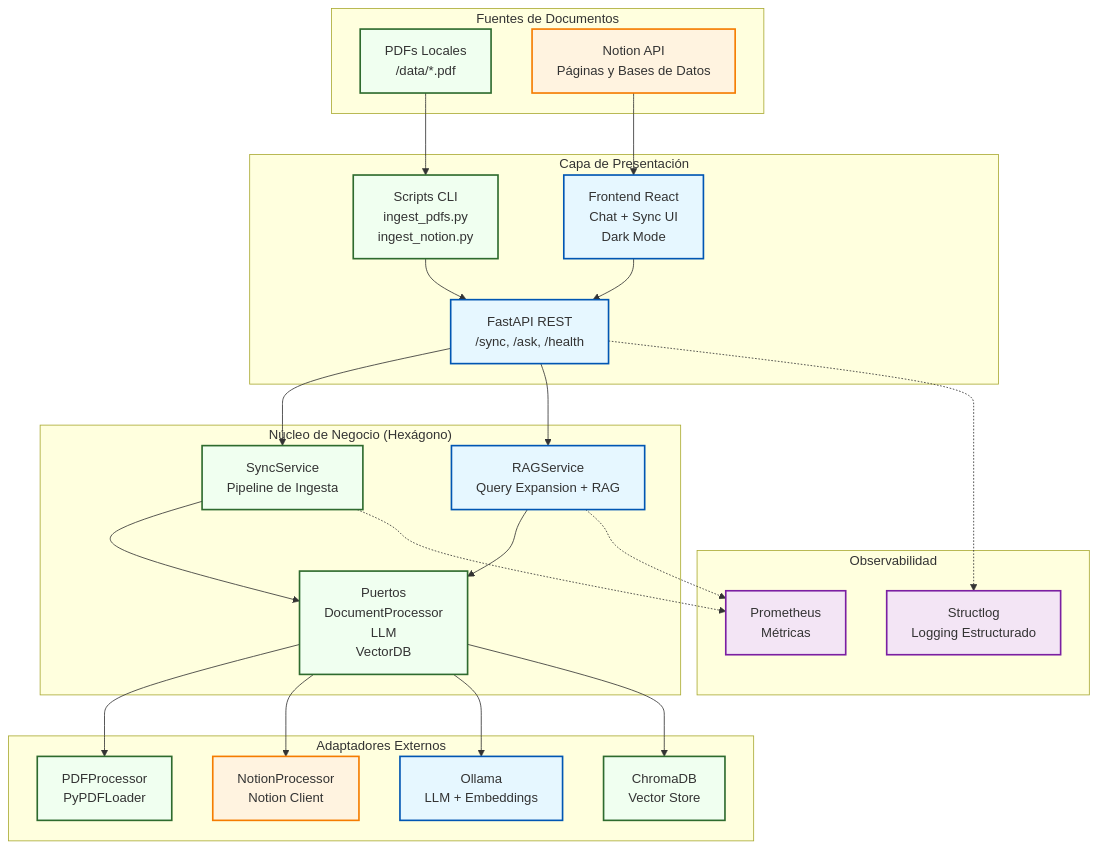
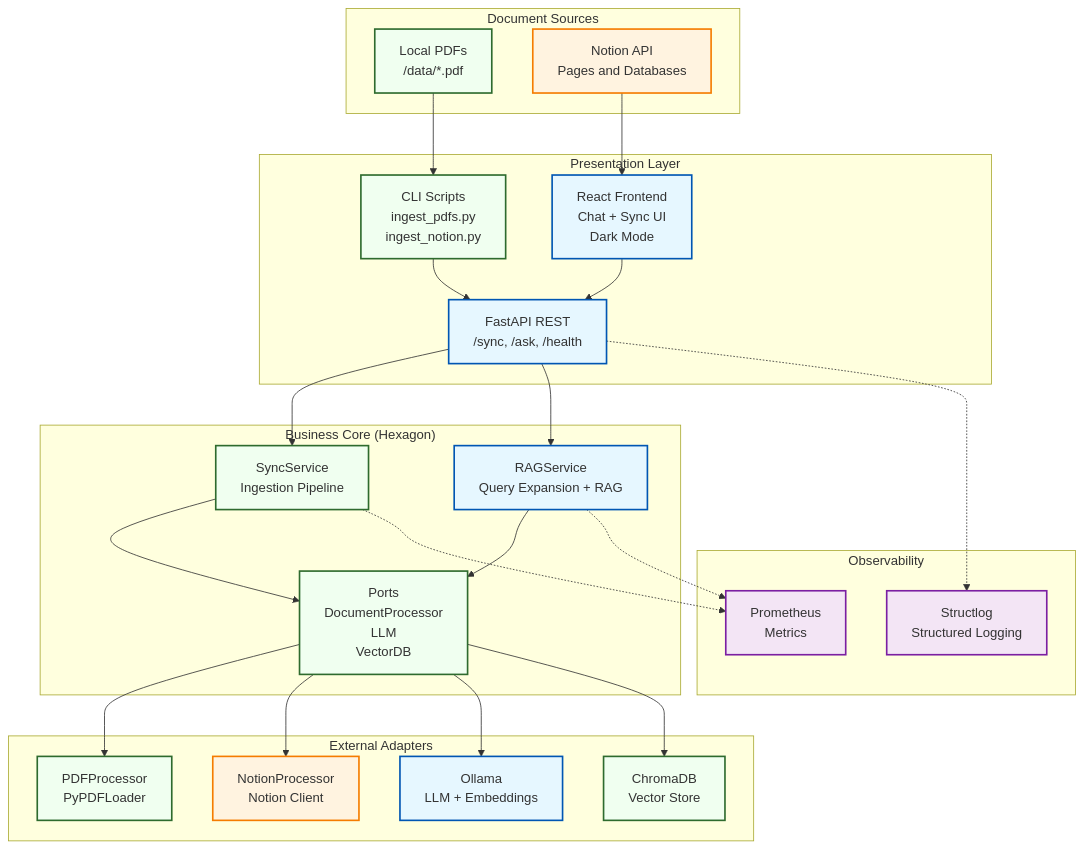
Before and after one commit to mrodespin/aibrarian: the first of 5 diagrams in README.md, drawn with Mermaid. The commit also changed other lines of this file, not shown here.

````diff
--- a/README.md
+++ b/README.md
@@ -114,74 +113,74 @@
 ```mermaid
 graph TD
-    %% --- Definiciones de Estilo ---
+    %% --- Style Definitions ---
     classDef mvp fill:#f0fff0,stroke:#2e6b2e,stroke-width:2px;
     classDef phase1 fill:#e6f7ff,stroke:#0056b3,stroke-width:2px;
     classDef extension fill:#fff3e0,stroke:#f57c00,stroke-width:2px;
     classDef observability fill:#f3e5f5,stroke:#7b1fa2,stroke-width:2px;
 
-    %% --- Fuentes de Datos ---
-    subgraph "Fuentes de Documentos"
-        PDFs["PDFs Locales<br>/data/*.pdf"]
-        NotionAPI["Notion API<br>Páginas y Bases de Datos"]
+    %% --- Data Sources ---
+    subgraph "Document Sources"
+        PDFs["Local PDFs<br>/data/*.pdf"]
+        NotionAPI["Notion API<br>Pages and Databases"]
     end
 
-    %% --- Adaptadores de Entrada ---
-    subgraph "Capa de Presentación"
-        UI["Frontend React<br>Chat + Sync UI<br>Dark Mode"]
-        CLI["Scripts CLI<br>ingest_pdfs.py<br>ingest_notion.py"]
+    %% --- Input Adapters ---
+    subgraph "Presentation Layer"
+        UI["React Frontend<br>Chat + Sync UI<br>Dark Mode"]
+        CLI["CLI Scripts<br>ingest_pdfs.py<br>ingest_notion.py"]
         API["FastAPI REST<br>/sync, /ask, /health"]
     end
 
-    %% --- Observabilidad ---
-    subgraph "Observabilidad"
-        Logging["Structlog<br>Logging Estructurado"]
-        Metrics["Prometheus<br>Métricas"]
+    %% --- Observability ---
+    subgraph "Observability"
+        Logging["Structlog<br>Structured Logging"]
+        Metrics["Prometheus<br>Metrics"]
     end
 
-    %% --- Núcleo Hexagonal ---
-    subgraph "Núcleo de Negocio (Hexágono)"
-        SyncService["SyncService<br>Pipeline de Ingesta"]
+    %% --- Hexagonal Core ---
+    subgraph "Business Core (Hexagon)"
+        SyncService["SyncService<br>Ingestion Pipeline"]
         RAGService["RAGService<br>Query Expansion + RAG"]
-        Ports["Puertos<br>DocumentProcessor<br>LLM<br>VectorDB"]
+        Ports["Ports<br>DocumentProcessor<br>LLM<br>VectorDB"]
     end
 
-    %% --- Adaptadores de Salida ---
-    subgraph "Adaptadores Externos"
+    %% --- Output Adapters ---
+    subgraph "External Adapters"
         PDFAdapter["PDFProcessor<br>PyPDFLoader"]
         NotionAdapter["NotionProcessor<br>Notion Client"]
         OllamaAdapter["Ollama<br>LLM + Embeddings"]
         ChromaAdapter["ChromaDB<br>Vector Store"]
     end
 
-    %% --- Conexiones Presentación ---
+    %% --- Presentation Connections ---
     UI --> API
     CLI --> API
     PDFs --> CLI
     NotionAPI --> UI
 
-    %% --- Conexiones API a Servicios ---
+    %% --- API to Services Connections ---
     API --> SyncService
     API --> RAGService
 
-    %% --- Conexiones Servicios a Puertos ---
+    %% --- Services to Ports Connections ---
     SyncService --> Ports
     RAGService --> Ports
 
-    %% --- Conexiones Puertos a Adaptadores ---
+    %% --- Ports to Adapters Connections ---
     Ports --> PDFAdapter
     Ports --> NotionAdapter
     Ports --> OllamaAdapter
     Ports --> ChromaAdapter
 
-    %% --- Observabilidad ---
+    %% --- Observability ---
     API -.-> Logging
     SyncService -.-> Metrics
     RAGService -.-> Metrics
 
-    %% --- Asignación de Clases ---
+    %% --- Class Assignment ---
     class PDFs,CLI,SyncService,PDFAdapter,ChromaAdapter mvp
     class UI,RAGService,OllamaAdapter,API phase1
     class NotionAPI,NotionAdapter extension
     class Logging,Metrics observability
     class Ports mvp
 ```
````
